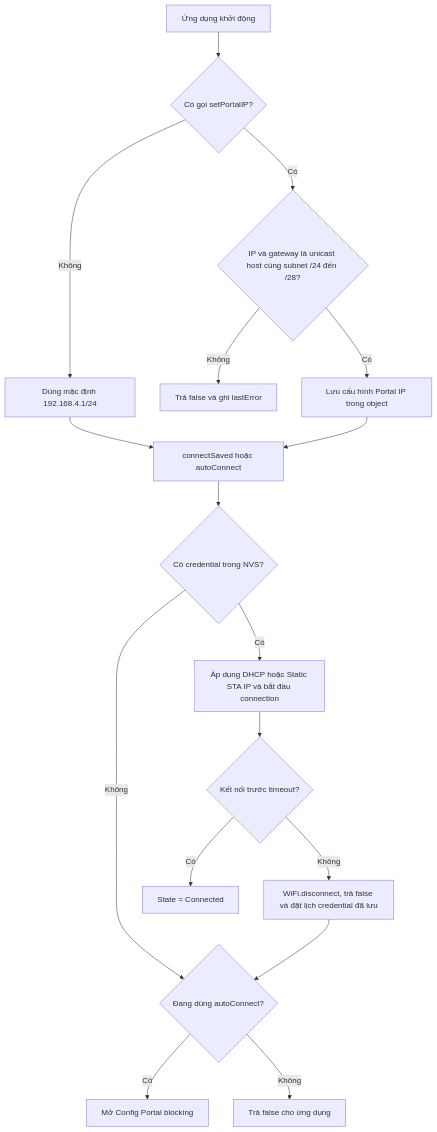
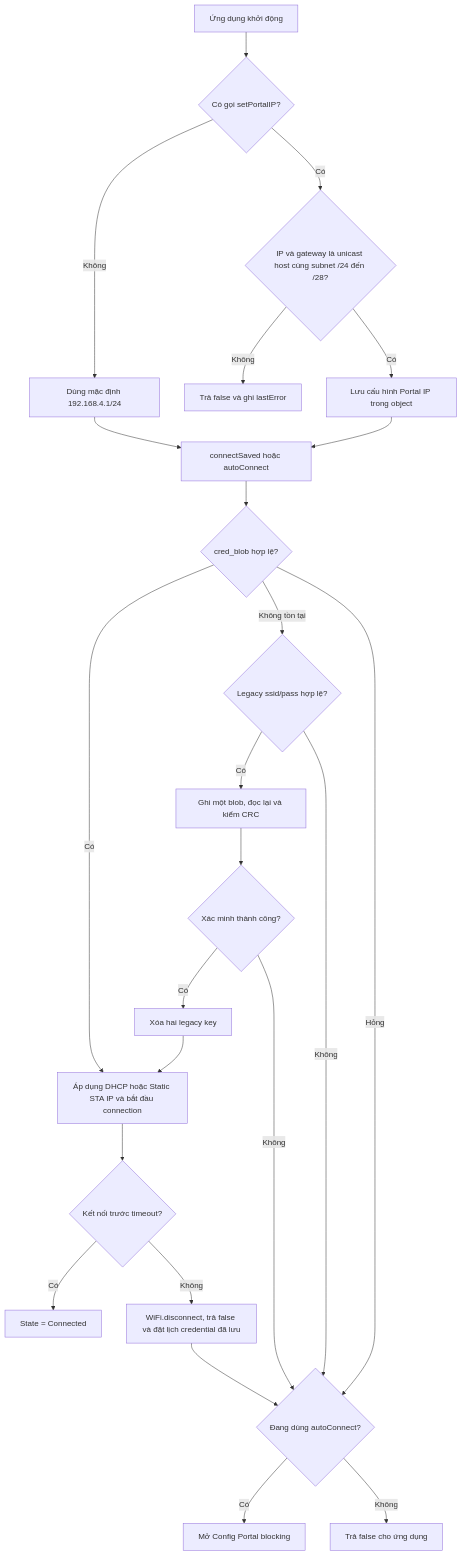
One commit to NguyenHien-8/ESP32WiFiPortal changed the second of 8 diagrams in docs/FlowChart.md. Above: the diagram before and after it, drawn with Mermaid. The commit also changed other lines of this file and 24 other files, not shown here.

````diff
--- a/docs/FlowChart.md
+++ b/docs/FlowChart.md
@@ -28,19 +28,26 @@
 ```mermaid
 flowchart TD
     A[Ứng dụng khởi động] --> B{Có gọi setPortalIP?}
     B -- Không --> C[Dùng mặc định 192.168.4.1/24]
     B -- Có --> D{IP và gateway là unicast host cùng subnet /24 đến /28?}
     D -- Không --> E[Trả false và ghi lastError]
     D -- Có --> F[Lưu cấu hình Portal IP trong object]
     C --> G[connectSaved hoặc autoConnect]
     F --> G
-    G --> H{Có credential trong NVS?}
-    H -- Không --> I{Đang dùng autoConnect?}
+    G --> H{cred_blob hợp lệ?}
     H -- Có --> J[Áp dụng DHCP hoặc Static STA IP và bắt đầu connection]
+    H -- Không tồn tại --> R{Legacy ssid/pass hợp lệ?}
+    R -- Có --> S[Ghi một blob, đọc lại và kiểm CRC]
+    S --> T{Xác minh thành công?}
+    T -- Có --> U[Xóa hai legacy key]
+    U --> J
+    T -- Không --> I{Đang dùng autoConnect?}
+    R -- Không --> I
+    H -- Hỏng --> I{Đang dùng autoConnect?}
     J --> K{Kết nối trước timeout?}
     K -- Có --> L[State = Connected]
     K -- Không --> M[WiFi.disconnect, trả false và đặt lịch credential đã lưu]
     I -- Có --> N[Mở Config Portal blocking]
     I -- Không --> O[Trả false cho ứng dụng]
     M --> I
 ```
````
